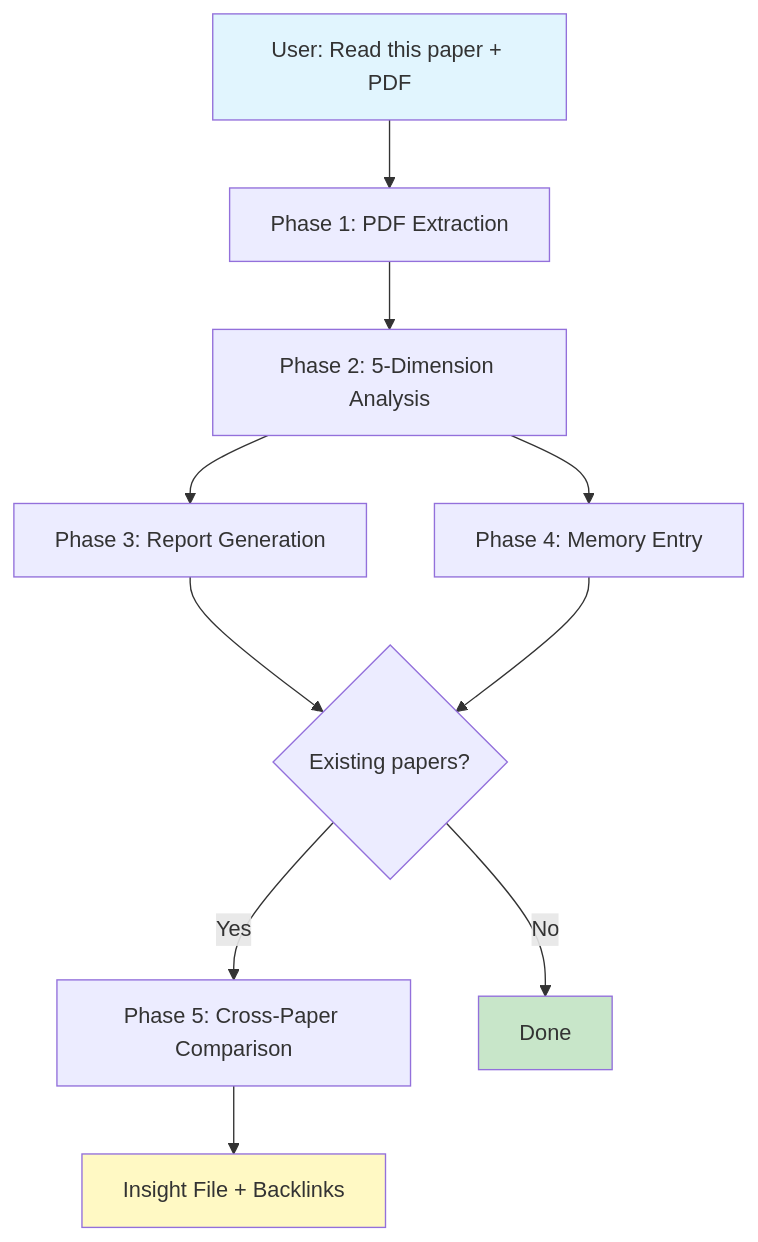
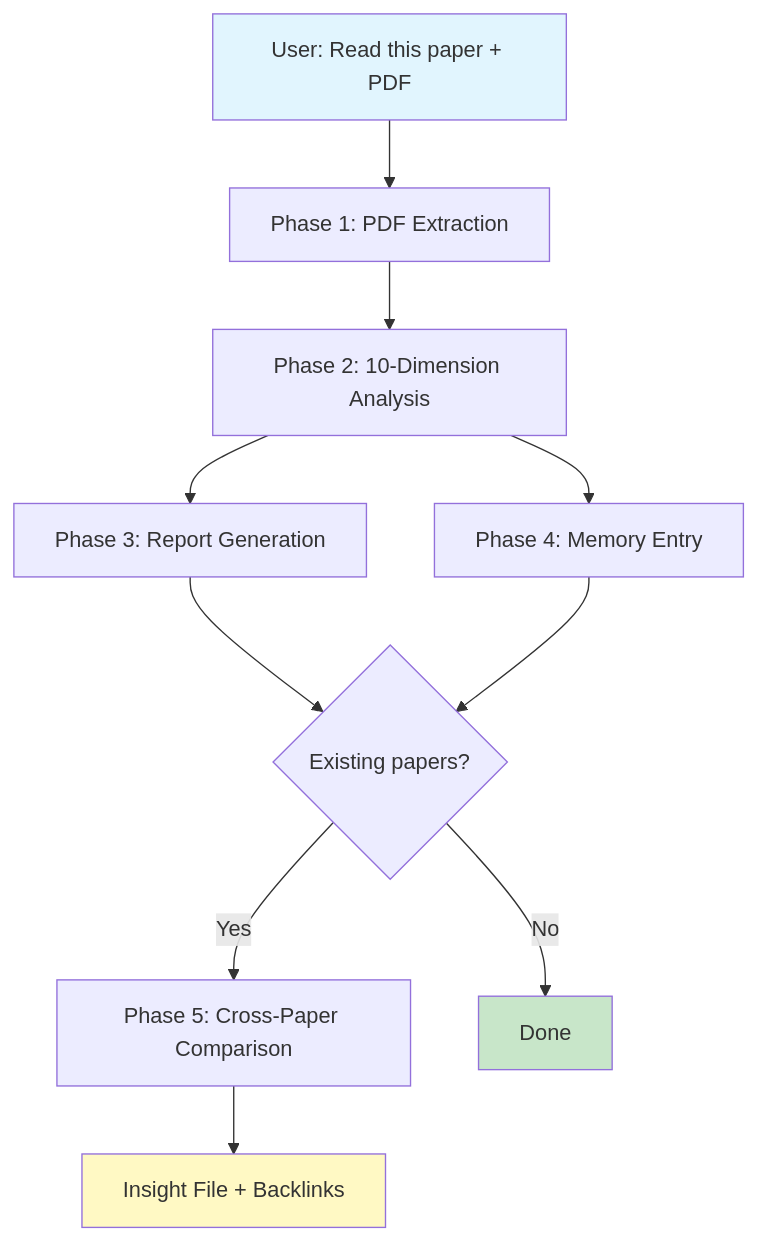
Before and after one commit to huyang51/deep_read_paper_skill: the diagram in README.md, drawn with Mermaid. The commit also changed other lines of this file and 1 other file, not shown here.

First line of the commit message:
fix: align README.md and README_CN.md to 10-dimension framework

````diff
--- a/README.md
+++ b/README.md
@@ -49,16 +49,16 @@
 ```mermaid
 graph TD
     A["User: Read this paper + PDF"] --> B["Phase 1: PDF Extraction"]
-    B --> C["Phase 2: 5-Dimension Analysis"]
+    B --> C["Phase 2: 10-Dimension Analysis"]
     C --> D["Phase 3: Report Generation"]
     C --> E["Phase 4: Memory Entry"]
     D --> F{"Existing papers?"}
     E --> F
     F -->|"Yes"| G["Phase 5: Cross-Paper Comparison"]
     F -->|"No"| H["Done"]
     G --> I["Insight File + Backlinks"]
 
     style A fill:#e1f5fe
     style H fill:#c8e6c9
     style I fill:#fff9c4
 ```
````
